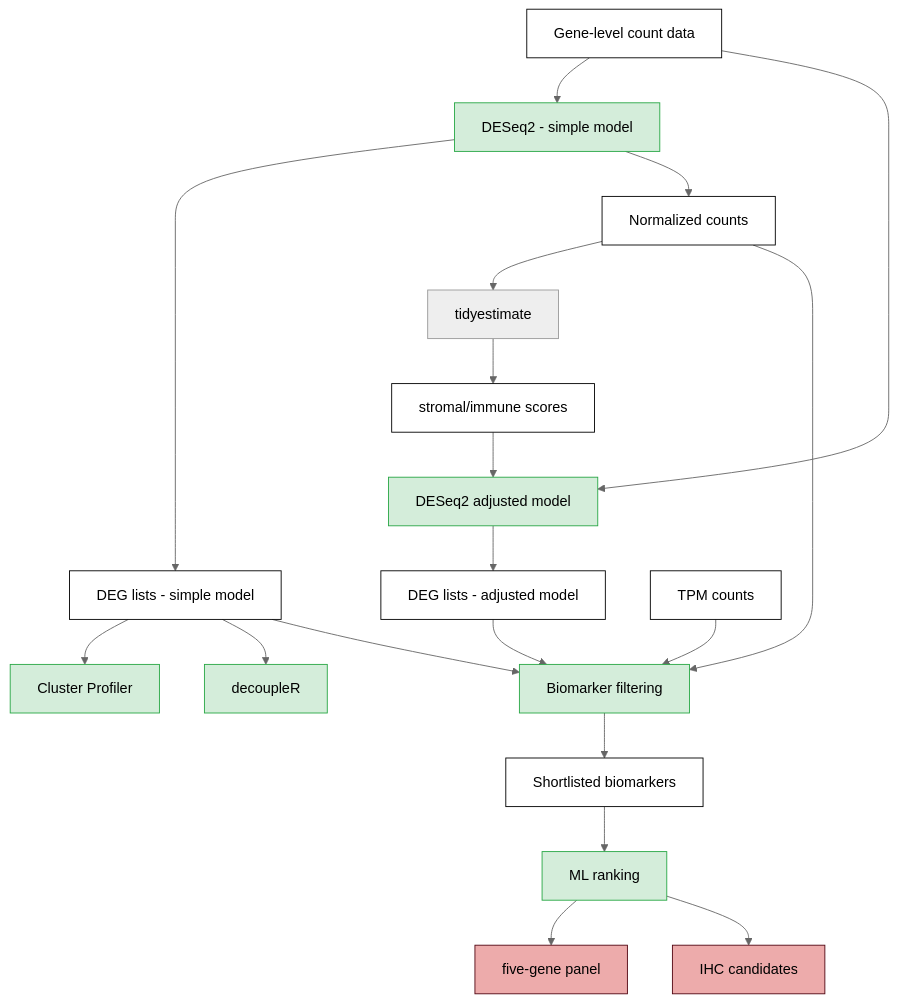
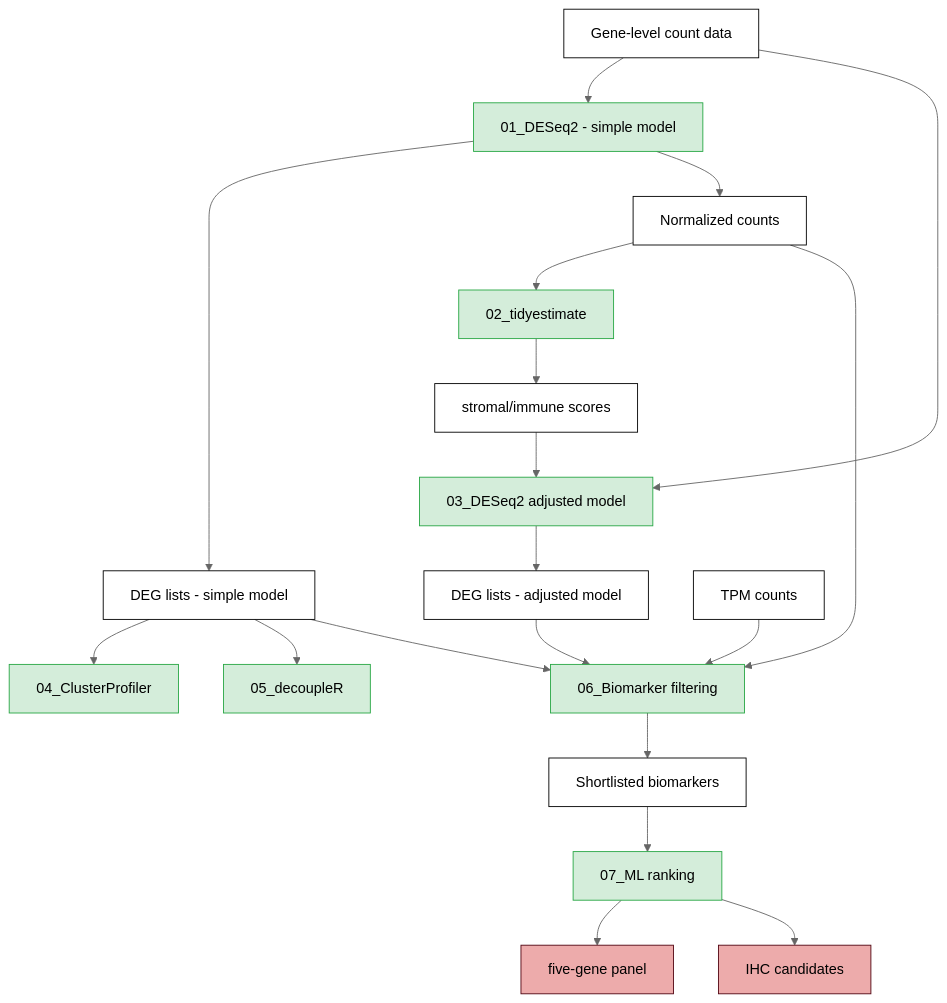
The diagram in R/README.md (tudumanne/BulkRNAseq_Barretts), drawn with Mermaid (neutral theme) before and after one commit. The commit also changed 1 other file, not shown here.

Commit message:
updated R workflow

````diff
--- a/R/README.md
+++ b/R/README.md
@@ -38,26 +38,26 @@
 ``` mermaid
 graph TD; 
     classDef method fill:#d4edda,stroke:#28a745;
     classDef input fill:#ffffff,stroke:#000000;
     classDef output1 fill:#ffffff,stroke:#000000;
     classDef output2 fill:#edabab,stroke:#520612;
     
-    A[Gene-level count data]:::input-->B[DESeq2 - simple model]:::method;
+    A[Gene-level count data]:::input-->B[01_DESeq2 - simple model]:::method;
     B-->C[DEG lists - simple model]:::output1;
     B-->D[Normalized counts]:::output1;
-    D-->E[tidyestimate];
+    D-->E[02_tidyestimate]:::method;
     E-->F[stromal/immune scores]:::output1;;
-    A-->G[DESeq2 adjusted model]:::method;;
+    A-->G[03_DESeq2 adjusted model]:::method;;
     F-->G;
     G-->H[DEG lists - adjusted model]:::output1;
-    C-->I[Cluster Profiler]:::method;
-    C-->J[decoupleR]:::method;
-    K[TPM counts]:::input-->L[Biomarker filtering]:::method;
+    C-->I[04_ClusterProfiler]:::method;
+    C-->J[05_decoupleR]:::method;
+    K[TPM counts]:::input-->L[06_Biomarker filtering]:::method;
     D-->L;
     C-->L;
     H-->L;
     L-->M[Shortlisted biomarkers]:::output1;
-    M-->N[ML ranking]:::method;
+    M-->N[07_ML ranking]:::method;
     N-->O[five-gene panel]:::output2;
     N-->P[IHC candidates]:::output2;
 ```
````
